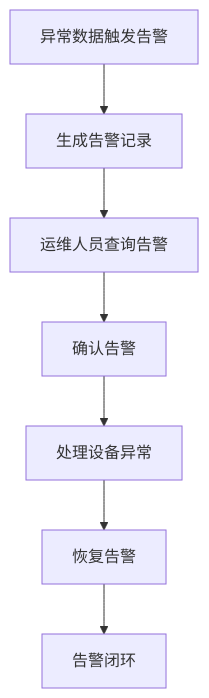
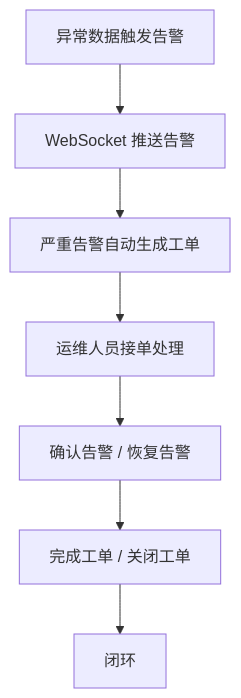
One commit to ccbcc11/charge-monitor-platform changed the second of 2 diagrams in docs/01-需求说明.md. Above: the diagram before and after it, drawn with Mermaid. The commit also changed other lines of this file and 5 other files, not shown here.

````diff
--- a/docs/01-需求说明.md
+++ b/docs/01-需求说明.md
@@ -85,9 +86,9 @@
 ```mermaid
 flowchart TD
-    A[异常数据触发告警] --> B[生成告警记录]
-    B --> C[运维人员查询告警]
-    C --> D[确认告警]
-    D --> E[处理设备异常]
-    E --> F[恢复告警]
-    F --> G[告警闭环]
+    A[异常数据触发告警] --> B[WebSocket 推送告警]
+    B --> C[严重告警自动生成工单]
+    C --> D[运维人员接单处理]
+    D --> E[确认告警 / 恢复告警]
+    E --> F[完成工单 / 关闭工单]
+    F --> G[闭环]
 ```
````
